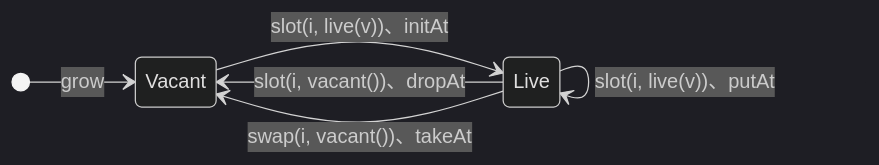
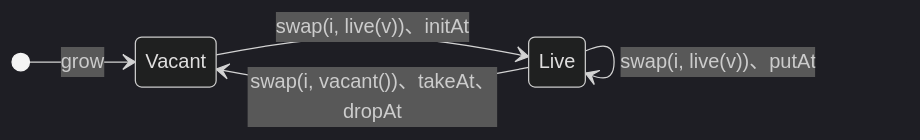
One commit to cwd-k2/mal changed the second of 2 diagrams in docs/proposals/pool/slot-model.md. Above: the diagram before and after it, drawn with Mermaid (dark theme). The commit also changed other lines of this file and 3 other files, not shown here.

First line of the commit message:
Make peek and swap the Pool slot core

````diff
--- a/docs/proposals/pool/slot-model.md
+++ b/docs/proposals/pool/slot-model.md
@@ -90,10 +124,9 @@
 ```mermaid
 stateDiagram-v2
   direction LR
   [*] --> Vacant : grow
-  Vacant --> Live : slot(i, live(v))、initAt
-  Live --> Vacant : slot(i, vacant())、dropAt
-  Live --> Vacant : swap(i, vacant())、takeAt
+  Vacant --> Live : swap(i, live(v))、initAt
+  Live --> Vacant : swap(i, vacant())、takeAt、dropAt
   Live --> Live : peek、getAt
-  Live --> Live : slot(i, live(v))、putAt
+  Live --> Live : swap(i, live(v))、putAt
 ```
````
